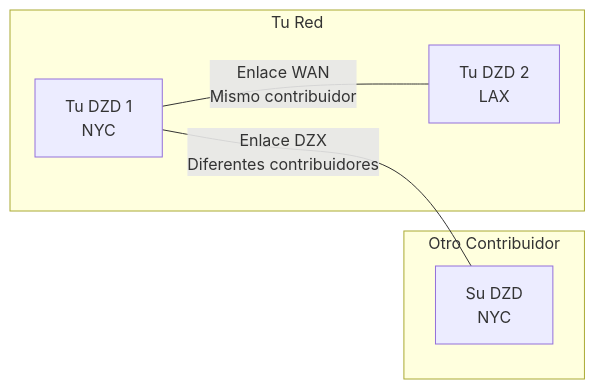
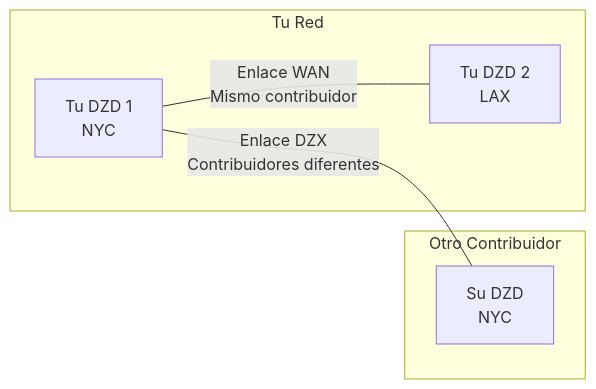
One commit to malbeclabs/docs changed diagram 11 of 13 in docs/contribute-provisioning.es.md. Above: the diagram before and after it, drawn with Mermaid. The commit also changed other lines of this file and 130 other files, not shown here.

````diff
--- a/docs/contribute-provisioning.es.md
+++ b/docs/contribute-provisioning.es.md
@@ -647,14 +647,14 @@
 ```mermaid
 flowchart LR
     subgraph "Tu Red"
         D1[Tu DZD 1<br/>NYC]
         D2[Tu DZD 2<br/>LAX]
     end
 
     subgraph "Otro Contribuidor"
         O1[Su DZD<br/>NYC]
     end
 
     D1 ---|Enlace WAN<br/>Mismo contribuidor| D2
-    D1 ---|Enlace DZX<br/>Diferentes contribuidores| O1
+    D1 ---|Enlace DZX<br/>Contribuidores diferentes| O1
 ```
````
